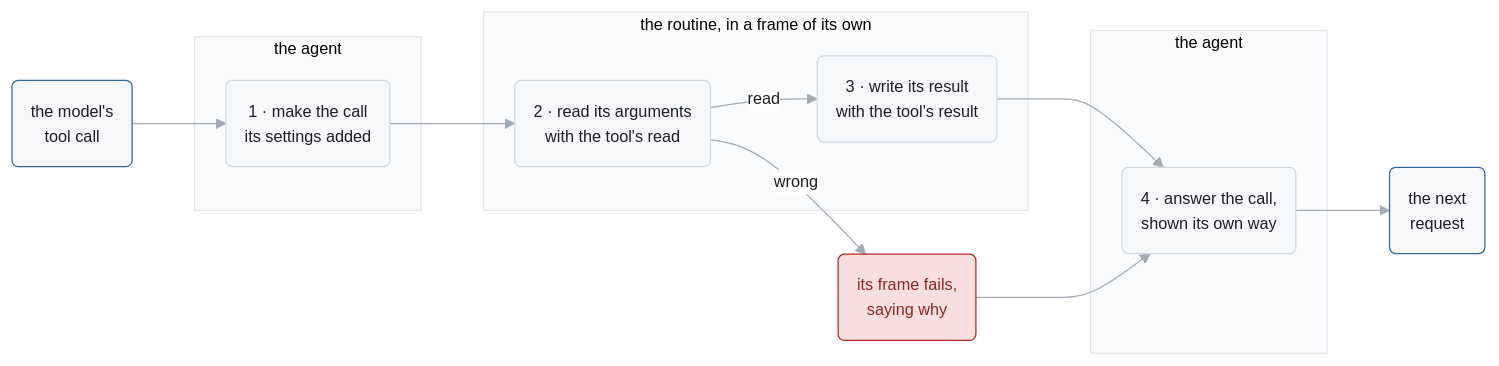
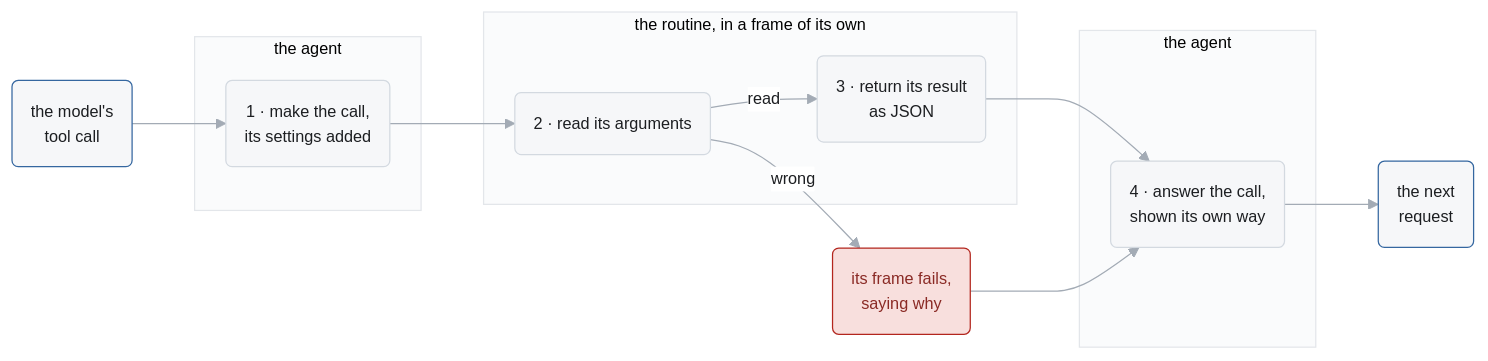
One commit to pku-xht/alaya changed the first of 4 diagrams in docs/agents.md. Above: the diagram before and after it, drawn with Mermaid. The commit also changed other lines of this file and 11 other files, not shown here.

First line of the commit message:
Make a tool plain data: its routine, and the settings merged into a call

````diff
--- a/docs/agents.md
+++ b/docs/agents.md
@@ -50,30 +52,30 @@
 ```mermaid
 %%{init: {"theme": "base", "themeVariables": {"fontFamily": "BlinkMacSystemFont, Segoe UI, Helvetica, Arial", "fontSize": "13px", "primaryColor": "#f6f7f9", "primaryTextColor": "#1c1e21", "primaryBorderColor": "#d3d9e0", "lineColor": "#a3abb5", "textColor": "#6f7985", "edgeLabelBackground": "#ffffff", "clusterBkg": "#fafbfc", "clusterBorder": "#e3e6ea"}}}%%
 flowchart LR
   classDef sample stroke:#3567a0
   classDef exec stroke:#2b6f6f
   classDef bad fill:#f8dfdd,stroke:#b3261e,color:#8a2a25
 
   asks("the model's<br/>tool call"):::sample
   subgraph agentIn["the agent"]
-    make("1 · make the call<br/>its settings added")
+    make("1 · make the call,<br/>its settings added")
   end
   subgraph routine["the routine, in a frame of its own"]
-    reads("2 · read its arguments<br/>with the tool's read")
-    writes("3 · write its result<br/>with the tool's result")
+    reads("2 · read its arguments")
+    writes("3 · return its result<br/>as JSON")
   end
   failed("its frame fails,<br/>saying why"):::bad
   subgraph agentOut["the agent"]
     show("4 · answer the call,<br/>shown its own way")
   end
   sees("the next<br/>request"):::sample
 
   asks --> make
   make --> reads
   reads -- "read" --> writes
   reads -- "wrong" --> failed
   writes --> show
   failed --> show
   show --> sees
   linkStyle default stroke-width:1px
 ```
````
